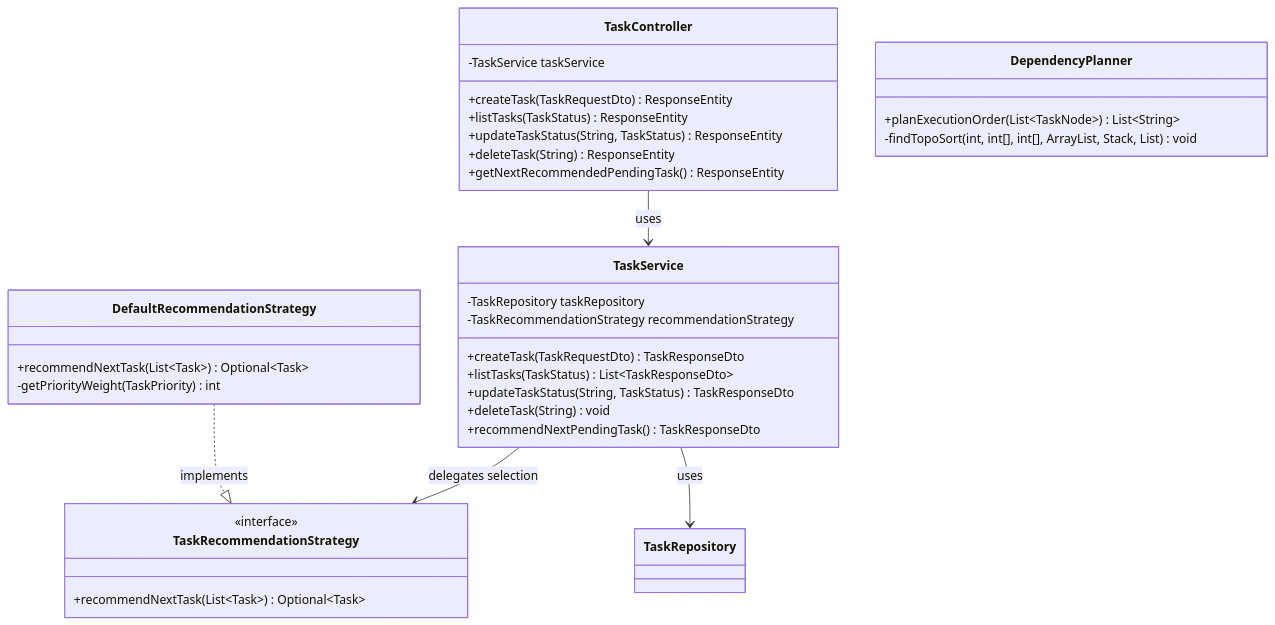
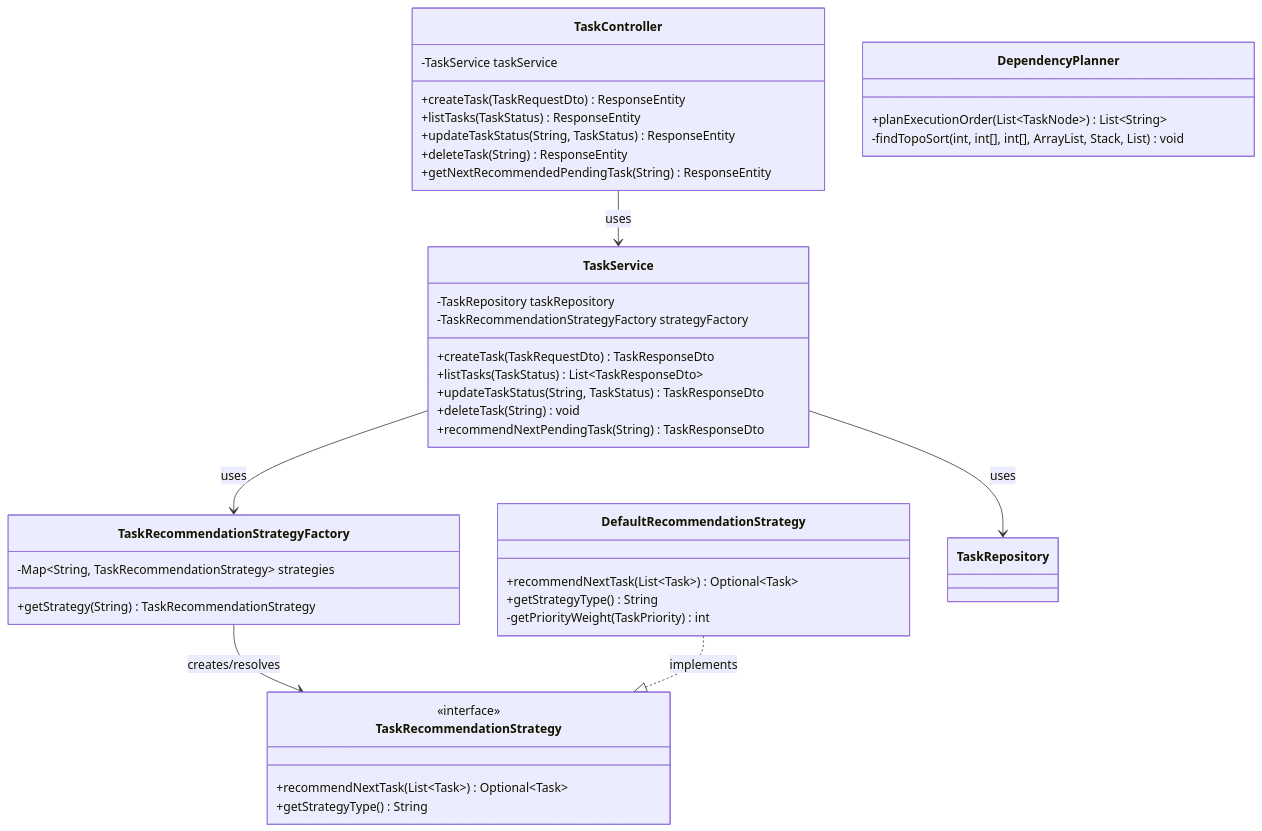
Before and after one commit to Medhansh223/overt-ideas-assessment: the second of 2 diagrams in README.md, drawn with Mermaid. The commit also changed other lines of this file, not shown here.

Commit message:
Docs: Update LLD/HLD factory diagrams, API endpoints spec, and Part B complexity analyses

````diff
--- a/README.md
+++ b/README.md
@@ -32,41 +34,49 @@
 ```mermaid
 classDiagram
     class TaskController {
         -TaskService taskService
         +createTask(TaskRequestDto) ResponseEntity
         +listTasks(TaskStatus) ResponseEntity
         +updateTaskStatus(String, TaskStatus) ResponseEntity
         +deleteTask(String) ResponseEntity
-        +getNextRecommendedPendingTask() ResponseEntity
+        +getNextRecommendedPendingTask(String) ResponseEntity
     }
 
     class TaskService {
         -TaskRepository taskRepository
-        -TaskRecommendationStrategy recommendationStrategy
+        -TaskRecommendationStrategyFactory strategyFactory
         +createTask(TaskRequestDto) TaskResponseDto
         +listTasks(TaskStatus) List~TaskResponseDto~
         +updateTaskStatus(String, TaskStatus) TaskResponseDto
         +deleteTask(String) void
-        +recommendNextPendingTask() TaskResponseDto
+        +recommendNextPendingTask(String) TaskResponseDto
+    }
+
+    class TaskRecommendationStrategyFactory {
+        -Map~String, TaskRecommendationStrategy~ strategies
+        +getStrategy(String) TaskRecommendationStrategy
     }
 
     class TaskRecommendationStrategy {
         <<interface>>
         +recommendNextTask(List~Task~) Optional~Task~
+        +getStrategyType() String
     }
 
     class DefaultRecommendationStrategy {
         +recommendNextTask(List~Task~) Optional~Task~
+        +getStrategyType() String
         -getPriorityWeight(TaskPriority) int
     }
 
     class DependencyPlanner {
         +planExecutionOrder(List~TaskNode~) List~String~
         -findTopoSort(int, int[], int[], ArrayList, Stack, List) void
     }
 
     TaskController --> TaskService : uses
-    TaskService --> TaskRecommendationStrategy : delegates selection
+    TaskService --> TaskRecommendationStrategyFactory : uses
+    TaskRecommendationStrategyFactory --> TaskRecommendationStrategy : creates/resolves
     DefaultRecommendationStrategy ..|> TaskRecommendationStrategy : implements
     TaskService --> TaskRepository : uses
 ```
````
